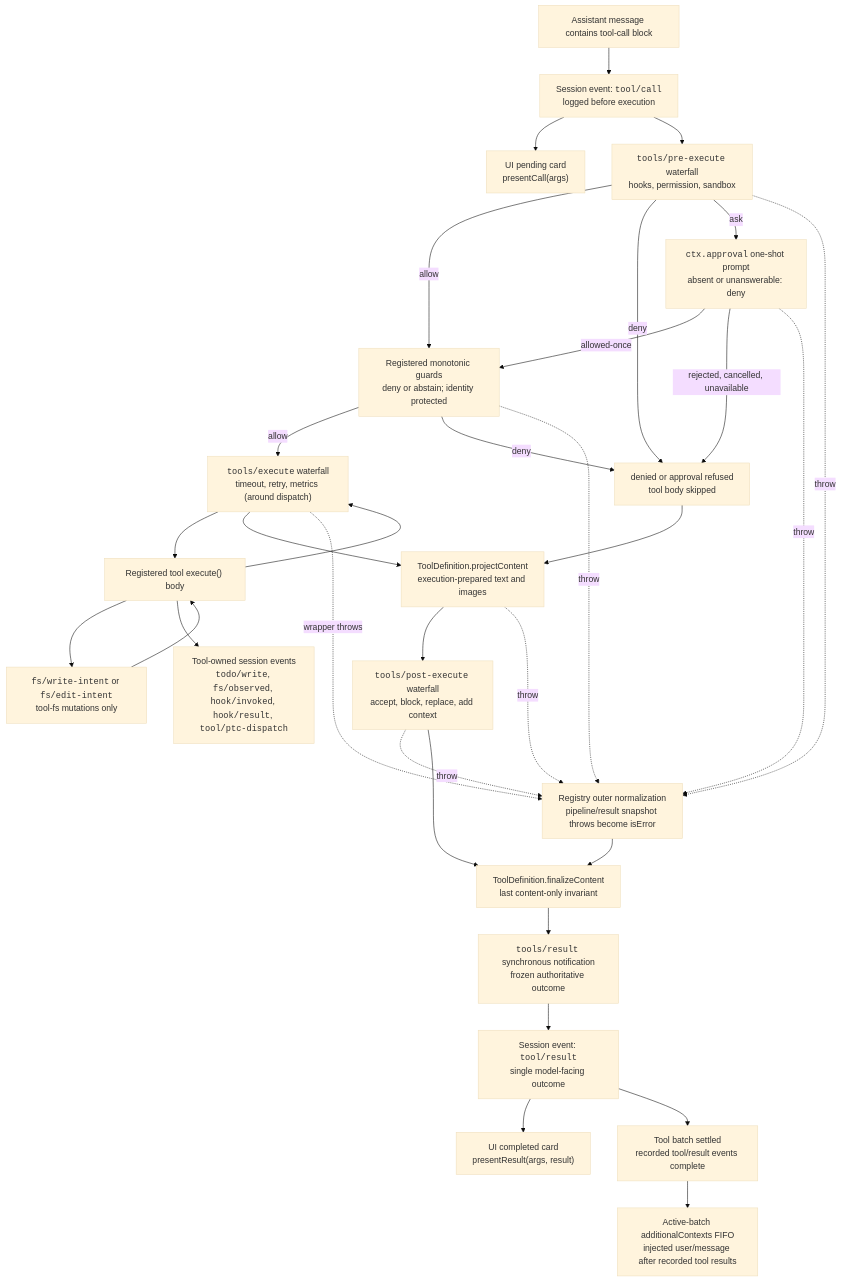
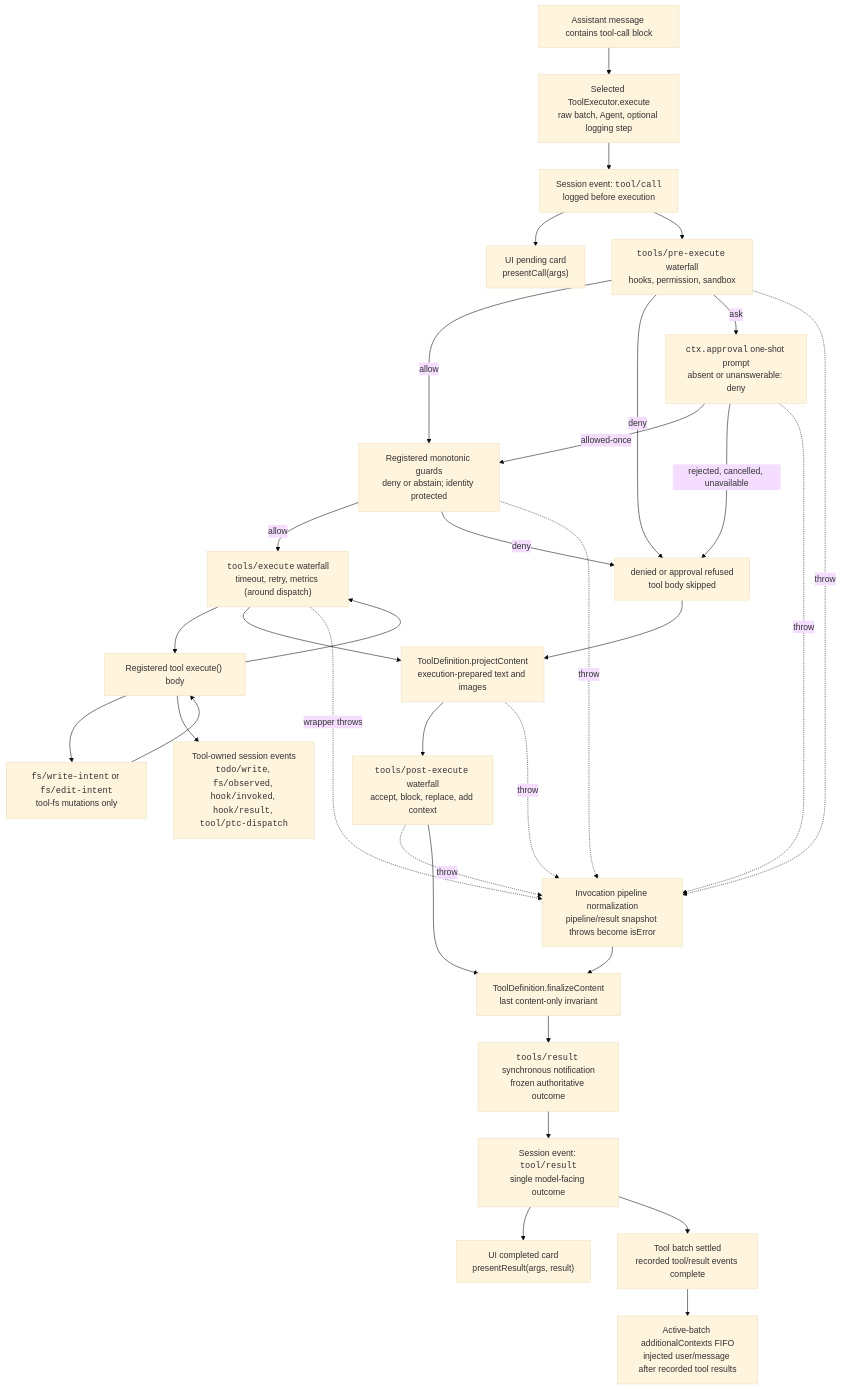
Before and after one commit to hyperion2144/dsh-desktop-plus: the diagram in upstream/docs/tool-execution-pipeline.md, drawn with Mermaid (base theme). The commit also changed other lines of this file and 7696 other files, not shown here.

````diff
--- a/upstream/docs/tool-execution-pipeline.md
+++ b/upstream/docs/tool-execution-pipeline.md
@@ -8,54 +8,55 @@
 ```mermaid
 flowchart TD
   model["Assistant message contains tool-call block"]
   toolCall["Session event: <code>tool/call</code><br/>logged before execution"]
   presentCall["UI pending card<br/>presentCall(args)"]
   pre["<code>tools/pre-execute</code> waterfall<br/>hooks, permission, sandbox"]
   guards["Registered monotonic guards<br/>deny or abstain; identity protected"]
   denied["denied or approval refused<br/>tool body skipped"]
   approval["<code>ctx.approval</code> one-shot prompt<br/>absent or unanswerable: deny"]
   around["<code>tools/execute</code> waterfall<br/>timeout, retry, metrics (around dispatch)"]
   toolBody["Registered tool execute() body"]
   fsGate["<code>fs/write-intent</code> or <code>fs/edit-intent</code><br/>tool-fs mutations only"]
   owned["Tool-owned session events<br/><code>todo/write</code>, <code>fs/observed</code>, <code>hook/invoked</code>, <code>hook/result</code>, <code>tool/ptc-dispatch</code>"]
   project["ToolDefinition.projectContent<br/>execution-prepared text and images"]
   post["<code>tools/post-execute</code> waterfall<br/>accept, block, replace, add context"]
-  normalized["Registry outer normalization<br/>pipeline/result snapshot throws become isError"]
+  normalized["Invocation pipeline normalization<br/>pipeline/result snapshot throws become isError"]
   finalize["ToolDefinition.finalizeContent<br/>last content-only invariant"]
   final["<code>tools/result</code> synchronous notification<br/>frozen authoritative outcome"]
   context["Active-batch additionalContexts FIFO<br/>injected user/message after recorded tool results"]
   toolResult["Session event: <code>tool/result</code><br/>single model-facing outcome"]
   allResults["Tool batch settled<br/>recorded tool/result events complete"]
   presentResult["UI completed card<br/>presentResult(args, result)"]
-  model --> toolCall
+  executor["Selected ToolExecutor.execute<br/>raw batch, Agent, optional logging step"]
+  model --> executor --> toolCall
   toolCall --> presentCall
   toolCall --> pre
   pre -->|allow| guards
   guards -->|allow| around
   guards -->|deny| denied
   guards -.->|throw| normalized
   around --> toolBody
   pre -->|deny| denied
   pre -->|ask| approval
   approval -->|allowed-once| guards
   approval -->|rejected, cancelled, unavailable| denied
   approval -.->|throw| normalized
   denied --> project
   pre -.->|throw| normalized
   toolBody --> fsGate
   fsGate --> toolBody
   toolBody --> owned
   toolBody --> around
   around --> project
   project --> post
   project -.->|throw| normalized
   around -.->|wrapper throws| normalized
   post -.->|throw| normalized
   post --> finalize
   normalized --> finalize
   finalize --> final
   final --> toolResult
   toolResult --> presentResult
   toolResult --> allResults
   allResults --> context
 ```
````
